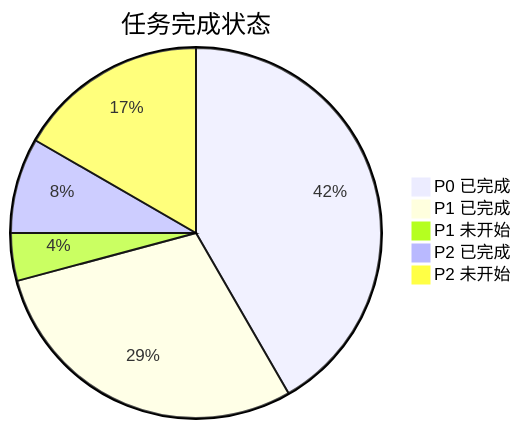
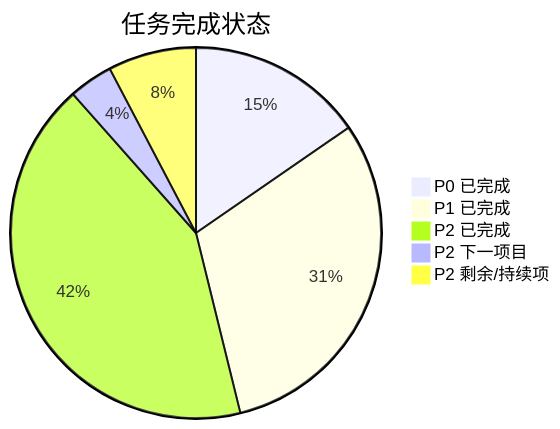
Before and after one commit to drearycold/YetAnotherEBookReader: the first of 3 diagrams in .agents/plans/REFACTOR_PLAN.claude.progress.md, drawn with Mermaid. The commit also changed other lines of this file and 3 other files, not shown here.

````diff
--- a/.agents/plans/REFACTOR_PLAN.claude.progress.md
+++ b/.agents/plans/REFACTOR_PLAN.claude.progress.md
@@ -10,8 +10,8 @@
 ```mermaid
 pie title 任务完成状态
-    "P0 已完成" : 10
-    "P1 已完成" : 7
-    "P1 未开始" : 1
-    "P2 已完成" : 2
-    "P2 未开始" : 4
+    "P0 已完成" : 4
+    "P1 已完成" : 8
+    "P2 已完成" : 11
+    "P2 下一项目" : 1
+    "P2 剩余/持续项" : 2
 ```
````
